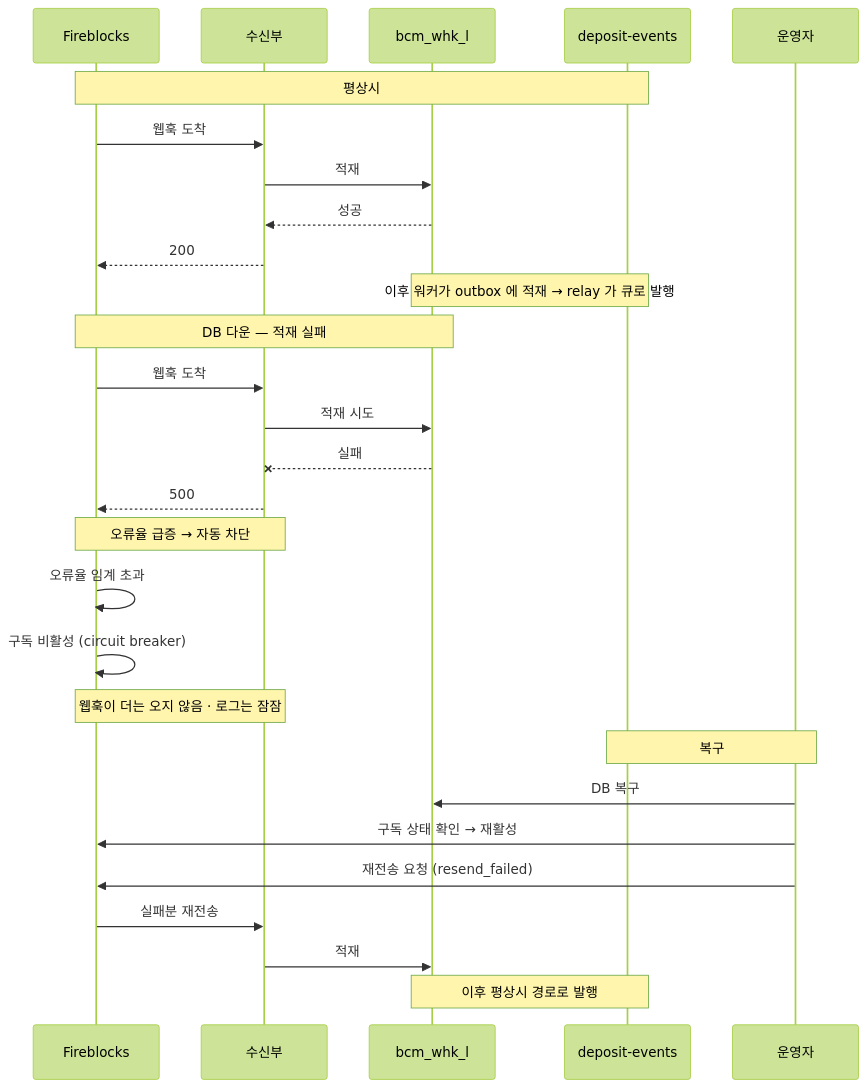
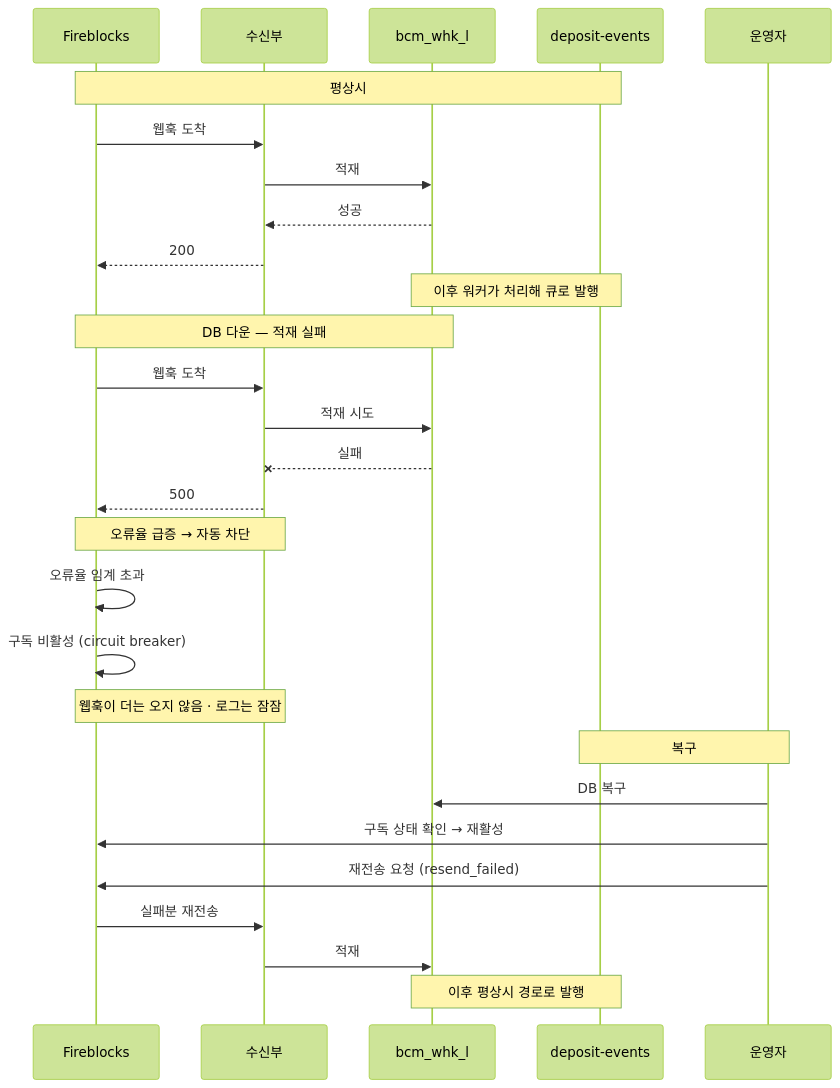
Before and after one commit to eunsujeo/eunpus: the third of 4 diagrams in blockchain-manager/docs/BC/설계/99-detection-detail.md, drawn with Mermaid (forest theme). The commit also changed other lines of this file and 4 other files, not shown here.

First line of the commit message:
감지 발행 단순화 — outbox·relay 제거, 워커 직접 발행(b)

````diff
--- a/blockchain-manager/docs/BC/설계/99-detection-detail.md
+++ b/blockchain-manager/docs/BC/설계/99-detection-detail.md
@@ -211,34 +202,34 @@
 ```mermaid
 sequenceDiagram
   participant F as Fireblocks
   participant R as 수신부
   participant B as bcm_whk_l
   participant Q as deposit-events
   participant OP as 운영자
 
   Note over F,Q: 평상시
   F->>R: 웹훅 도착
   R->>B: 적재
   B-->>R: 성공
   R-->>F: 200
-  Note over B,Q: 이후 워커가 outbox 에 적재 → relay 가 큐로 발행
+  Note over B,Q: 이후 워커가 처리해 큐로 발행
 
   Note over F,B: DB 다운 — 적재 실패
   F->>R: 웹훅 도착
   R->>B: 적재 시도
   B--xR: 실패
   R-->>F: 500
 
   Note over F,R: 오류율 급증 → 자동 차단
   F->>F: 오류율 임계 초과
   F->>F: 구독 비활성 (circuit breaker)
   Note over F,R: 웹훅이 더는 오지 않음 · 로그는 잠잠
 
   Note over OP,Q: 복구
   OP->>B: DB 복구
   OP->>F: 구독 상태 확인 → 재활성
   OP->>F: 재전송 요청 (resend_failed)
   F->>R: 실패분 재전송
   R->>B: 적재
   Note over B,Q: 이후 평상시 경로로 발행
 ```
````
